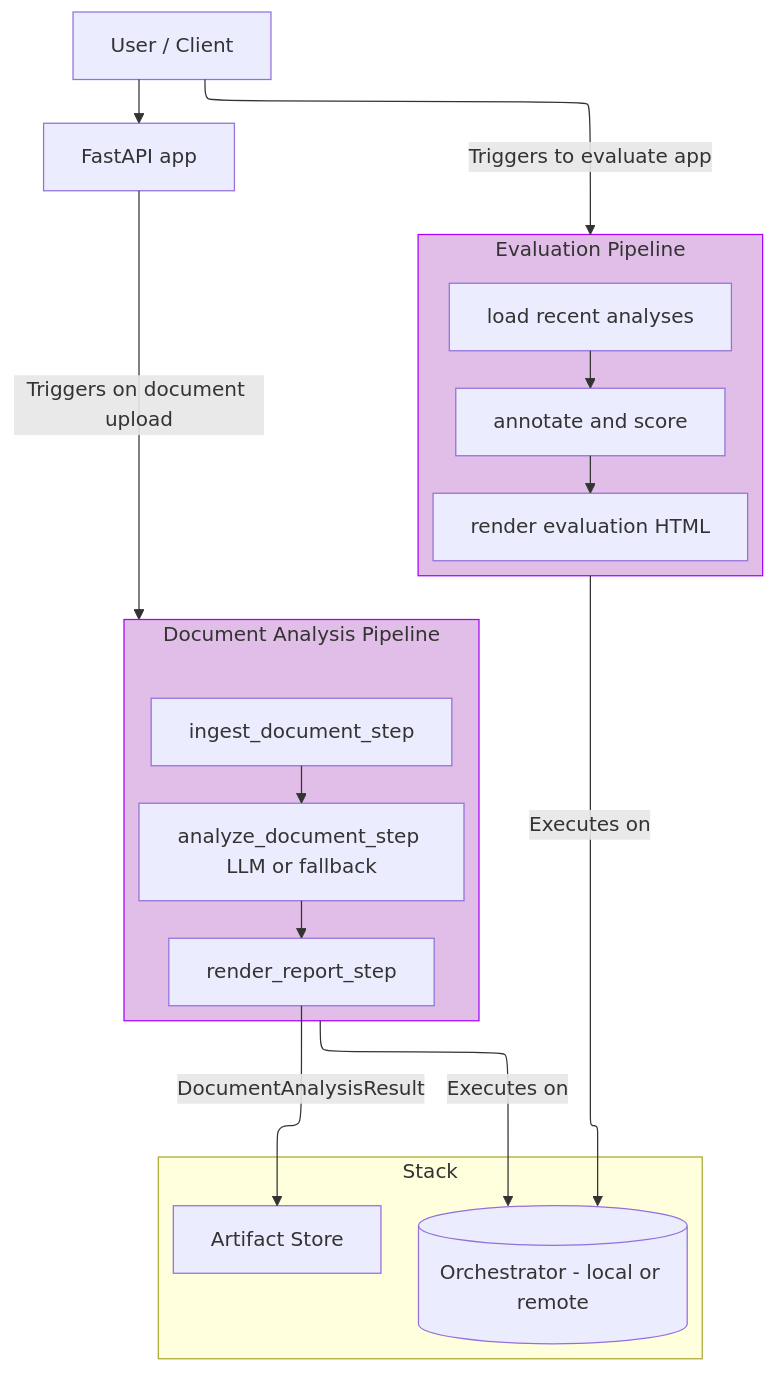
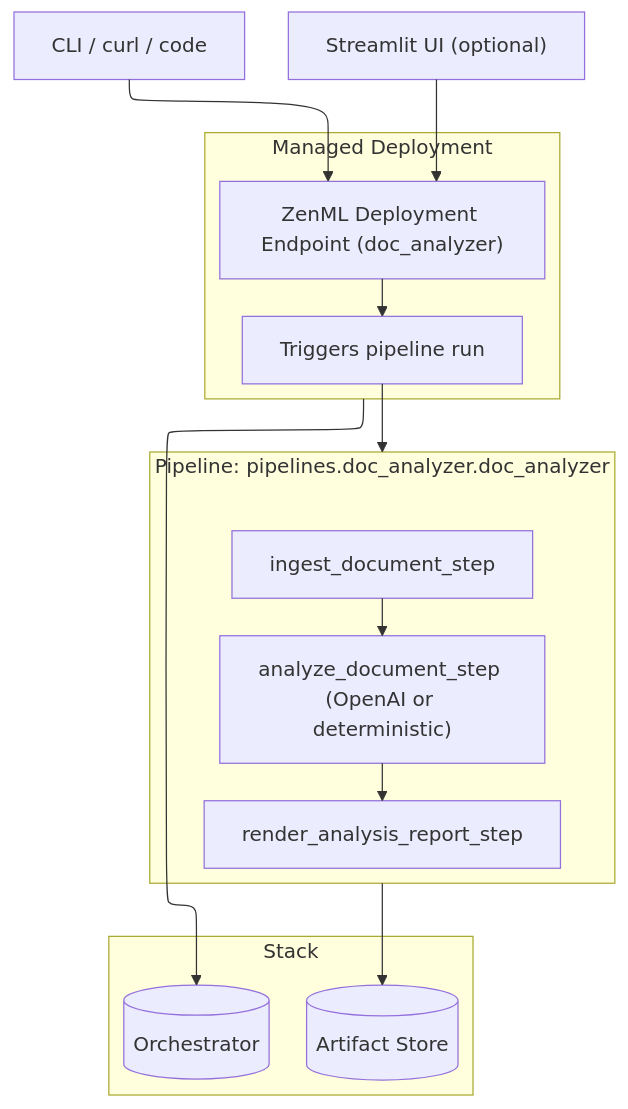
The diagram in docs/book/getting-started/your-first-ai-pipeline.md (zenml-io/zenml), drawn with Mermaid before and after one commit. The commit also changed other lines of this file, not shown here.

First line of the commit message:
Update "Your First AI Pipeline" documentation

````diff
--- a/docs/book/getting-started/your-first-ai-pipeline.md
+++ b/docs/book/getting-started/your-first-ai-pipeline.md
@@ -27,34 +27,31 @@
 ```mermaid
 ---
 config:
   layout: elk
   theme: mc
 ---
 flowchart TB
- subgraph Evaluation["Evaluation Pipeline"]
-        R1["load recent analyses"]
-        R2["annotate and score"]
-        R3["render evaluation HTML"]
+  U["CLI / curl / code"] --> D["ZenML Deployment Endpoint (doc_analyzer)"]
+  S["Streamlit UI (optional)"] --> D
+
+  subgraph DEPLOY["Managed Deployment"]
+    D --> T["Triggers pipeline run"]
   end
- subgraph s1["Document Analysis Pipeline"]
-        S1["ingest_document_step"]
-        S2["analyze_document_step LLM or fallback"]
-        S3["render_report_step"]
+
+  subgraph PIPE["Pipeline: pipelines.doc_analyzer.doc_analyzer"]
+    I["ingest_document_step"]
+    A["analyze_document_step (OpenAI or deterministic)"]
+    R["render_analysis_report_step"]
+    I --> A --> R
   end
- subgraph s2["Stack"]
-        O[("Orchestrator - local or remote")]
-        AR["Artifact Store"]
+
+  T --> PIPE
+
+  subgraph STACK["Stack"]
+    O[("Orchestrator")]
+    AR[("Artifact Store")]
   end
-    U["User / Client"] --> A["FastAPI app"]
-    A -- Triggers on document upload --> s1
-    S1 --> S2
-    S2 --> S3
-    S3 -- DocumentAnalysisResult --> AR
-    R1 --> R2
-    R2 --> R3
-    U -- Triggers to evaluate app --> Evaluation
-    Evaluation -- Executes on --> O
-    s1 -- Executes on --> O
-    style s1 fill:#E1BEE7,stroke:#AA00FF
-    style Evaluation fill:#E1BEE7,stroke:#AA00FF
+
+  PIPE --> AR
+  DEPLOY --> O
 ```
````
